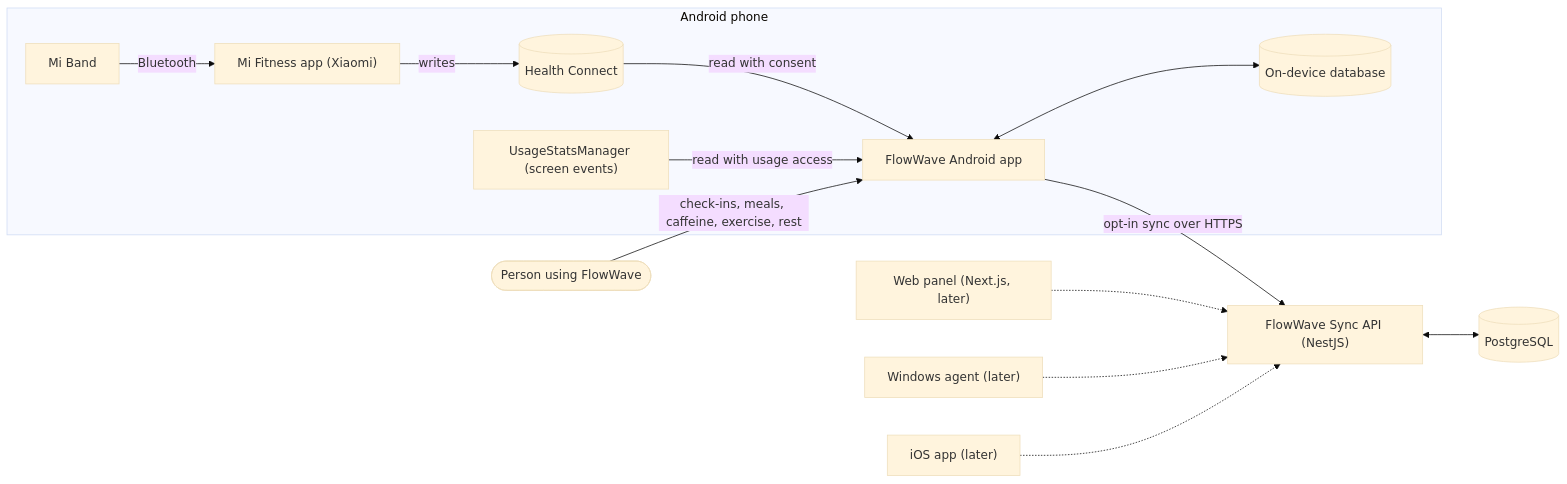
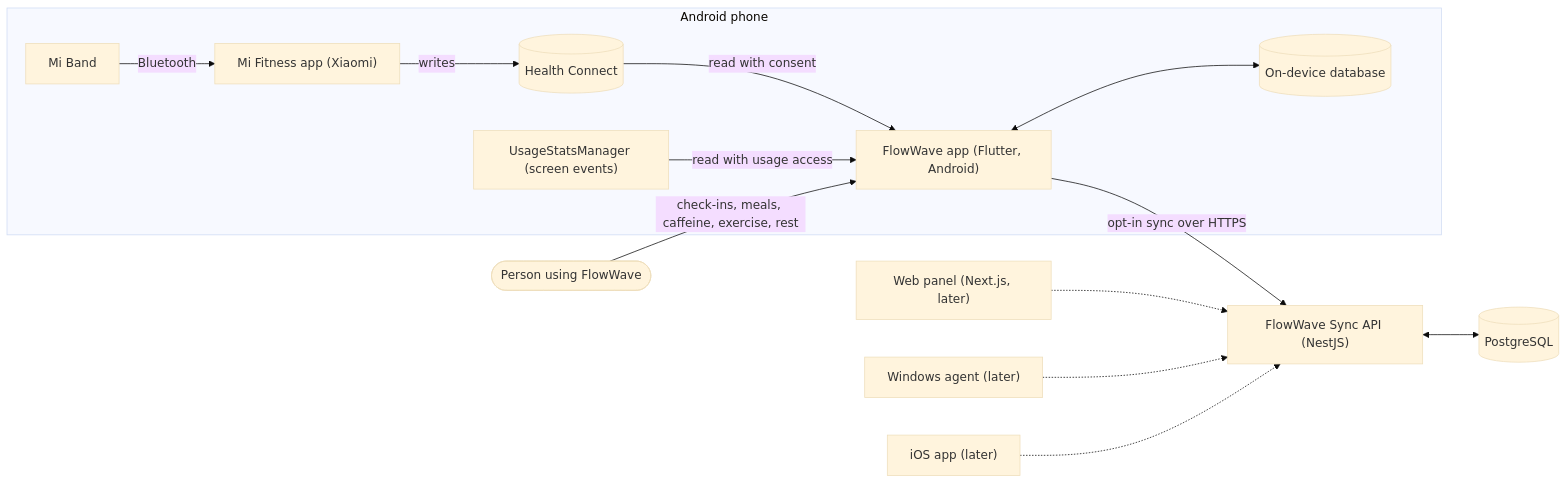
Before and after one commit to CoderPawel/flowwave: the diagram in docs/architecture/system-overview.md, drawn with Mermaid (base theme). The commit also changed other lines of this file and 8 other files, not shown here.

Commit message:
Docs: reconcile Copilot prompts 2-17 into roadmap; decisions 0009 (Flutter) and 0010 (Prisma)

````diff
--- a/docs/architecture/system-overview.md
+++ b/docs/architecture/system-overview.md
@@ -18,23 +18,23 @@
 ```mermaid
 flowchart LR
     user(["Person using FlowWave"])
 
     subgraph phone["Android phone"]
         band["Mi Band"] -->|Bluetooth| mifit["Mi Fitness app (Xiaomi)"]
         mifit -->|writes| hc[("Health Connect")]
         usage["UsageStatsManager (screen events)"]
-        app["FlowWave Android app"]
+        app["FlowWave app (Flutter, Android)"]
         local[("On-device database")]
         hc -->|"read with consent"| app
         usage -->|"read with usage access"| app
         app <--> local
     end
 
     user -->|"check-ins, meals, caffeine, exercise, rest"| app
     app -->|"opt-in sync over HTTPS"| api["FlowWave Sync API (NestJS)"]
     api <--> db[("PostgreSQL")]
 
     web["Web panel (Next.js, later)"] -.-> api
     win["Windows agent (later)"] -.-> api
     ios["iOS app (later)"] -.-> api
 ```
````
